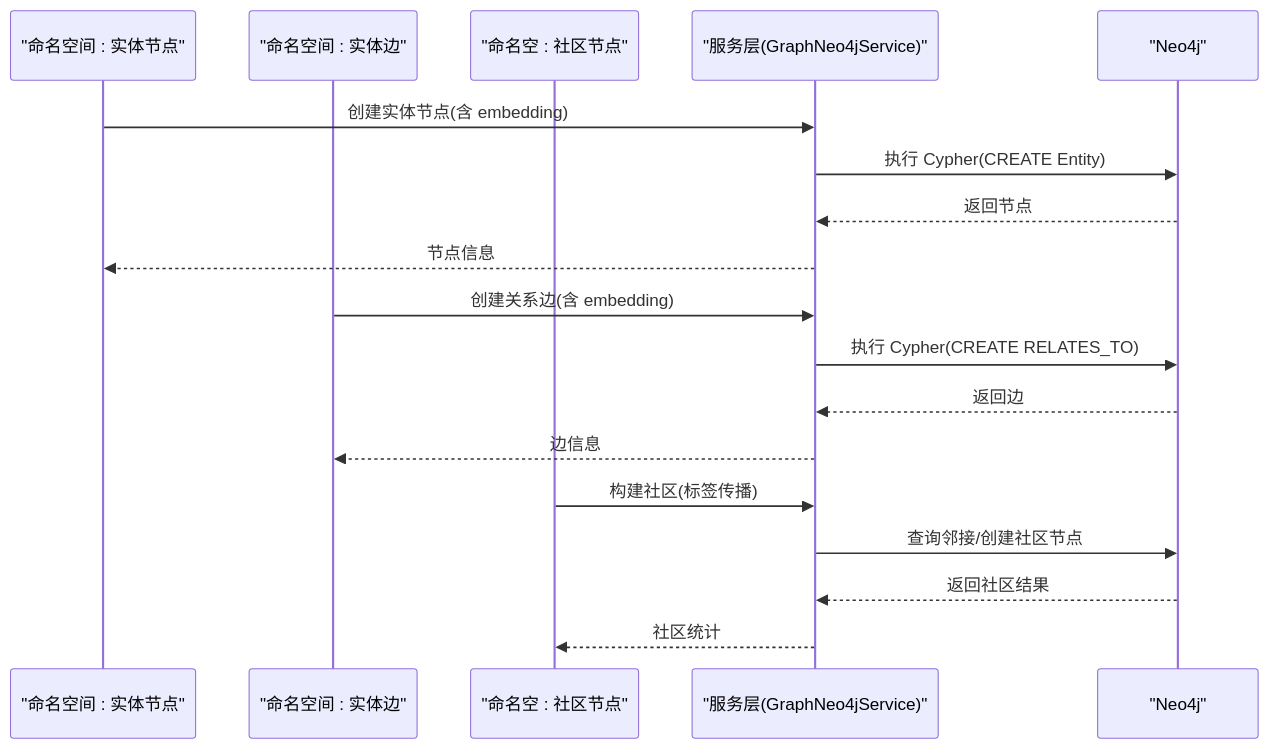
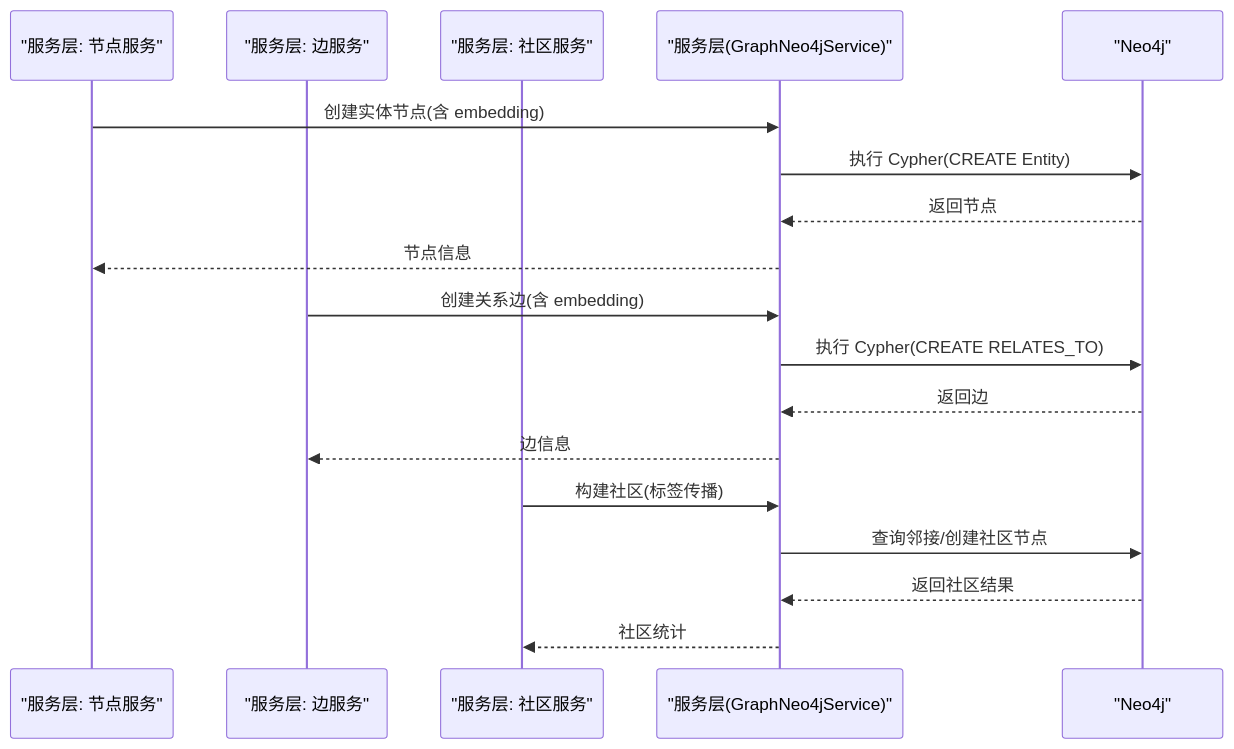
Before and after one commit to joezxh/graphiti-java: the second of 7 diagrams in docs/manual/数据库设计/图数据库设计.md, drawn with Mermaid. The commit also changed other lines of this file and 41 other files, not shown here.

````diff
--- a/docs/manual/数据库设计/图数据库设计.md
+++ b/docs/manual/数据库设计/图数据库设计.md
@@ -94,20 +85,20 @@
 ```mermaid
 sequenceDiagram
-participant NS_Node as "命名空间 : 实体节点"
-participant NS_Edge as "命名空间 : 实体边"
-participant NS_Comm as "命名空 : 社区节点"
+participant Svc_Node as "服务层: 节点服务"
+participant Svc_Edge as "服务层: 边服务"
+participant Svc_Comm as "服务层: 社区服务"
 participant Svc as "服务层(GraphNeo4jService)"
 participant DB as "Neo4j"
-NS_Node->>Svc : 创建实体节点(含 embedding)
+Svc_Node->>Svc : 创建实体节点(含 embedding)
 Svc->>DB : 执行 Cypher(CREATE Entity)
 DB-->>Svc : 返回节点
-Svc-->>NS_Node : 节点信息
-NS_Edge->>Svc : 创建关系边(含 embedding)
+Svc-->>Svc_Node : 节点信息
+Svc_Edge->>Svc : 创建关系边(含 embedding)
 Svc->>DB : 执行 Cypher(CREATE RELATES_TO)
 DB-->>Svc : 返回边
-Svc-->>NS_Edge : 边信息
-NS_Comm->>Svc : 构建社区(标签传播)
+Svc-->>Svc_Edge : 边信息
+Svc_Comm->>Svc : 构建社区(标签传播)
 Svc->>DB : 查询邻接/创建社区节点
 DB-->>Svc : 返回社区结果
-Svc-->>NS_Comm : 社区统计
+Svc-->>Svc_Comm : 社区统计
 ```
````
